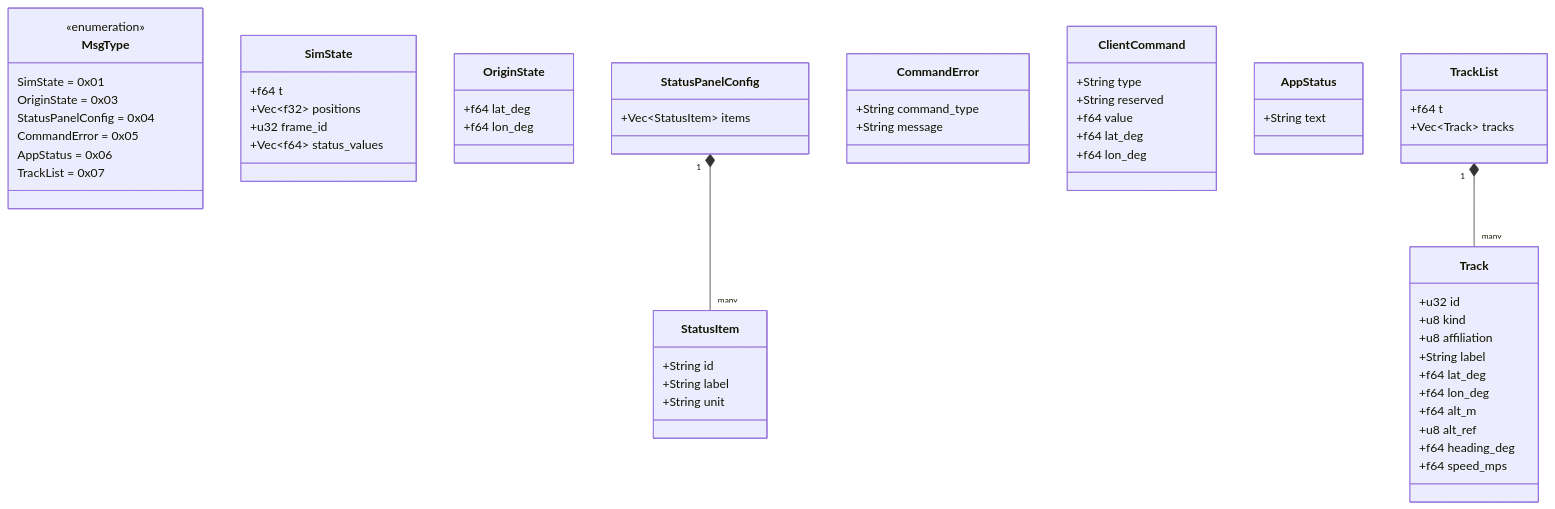
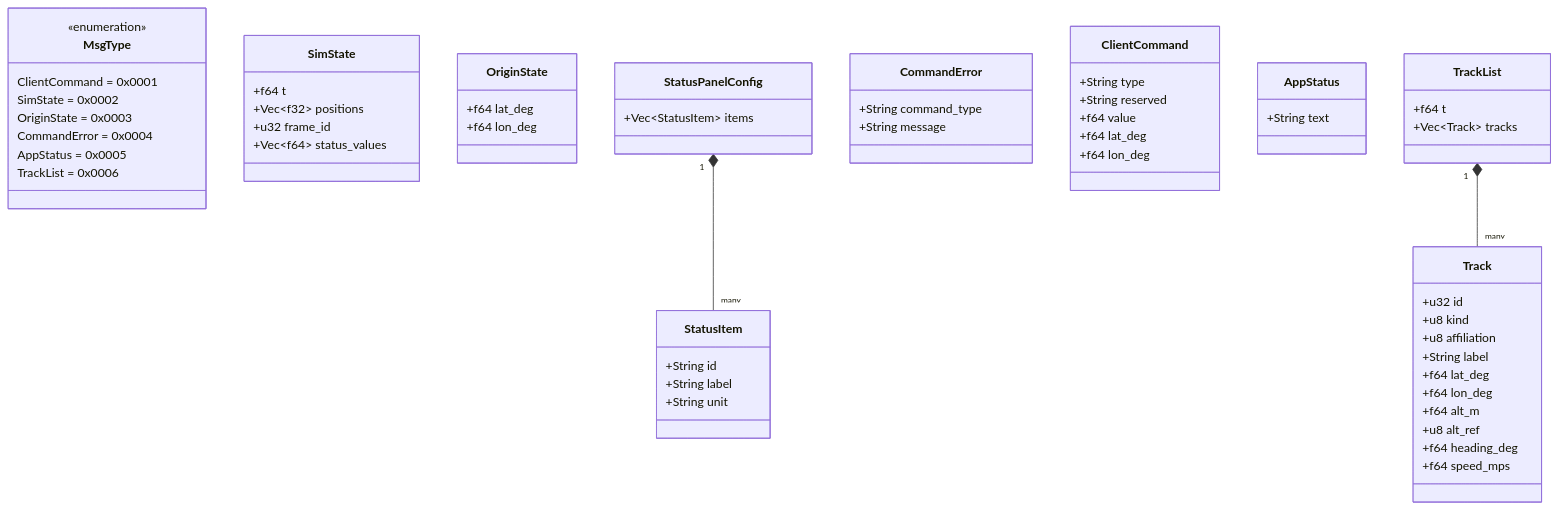
Before and after one commit to ham1a6/SimulationView: the second of 11 diagrams in sample/docs/DETAILED_DESIGN.md, drawn with Mermaid. The commit also changed other lines of this file and 25 other files, not shown here.

````diff
--- a/sample/docs/DETAILED_DESIGN.md
+++ b/sample/docs/DETAILED_DESIGN.md
@@ -197,62 +192,62 @@
 ```mermaid
 classDiagram
     class MsgType {
         <<enumeration>>
-        SimState = 0x01
-        OriginState = 0x03
-        StatusPanelConfig = 0x04
-        CommandError = 0x05
-        AppStatus = 0x06
-        TrackList = 0x07
+        ClientCommand = 0x0001
+        SimState = 0x0002
+        OriginState = 0x0003
+        CommandError = 0x0004
+        AppStatus = 0x0005
+        TrackList = 0x0006
     }
     class SimState {
         +f64 t
         +Vec~f32~ positions
         +u32 frame_id
         +Vec~f64~ status_values
     }
     class OriginState {
         +f64 lat_deg
         +f64 lon_deg
     }
     class StatusPanelConfig {
         +Vec~StatusItem~ items
     }
     class StatusItem {
         +String id
         +String label
         +String unit
     }
     class CommandError {
         +String command_type
         +String message
     }
     class ClientCommand {
         +String type
         +String reserved
         +f64 value
         +f64 lat_deg
         +f64 lon_deg
     }
     class AppStatus {
         +String text
     }
     class TrackList {
         +f64 t
         +Vec~Track~ tracks
     }
     class Track {
         +u32 id
         +u8 kind
         +u8 affiliation
         +String label
         +f64 lat_deg
         +f64 lon_deg
         +f64 alt_m
         +u8 alt_ref
         +f64 heading_deg
         +f64 speed_mps
     }
     StatusPanelConfig "1" *-- "many" StatusItem
     TrackList "1" *-- "many" Track
 ```
````
